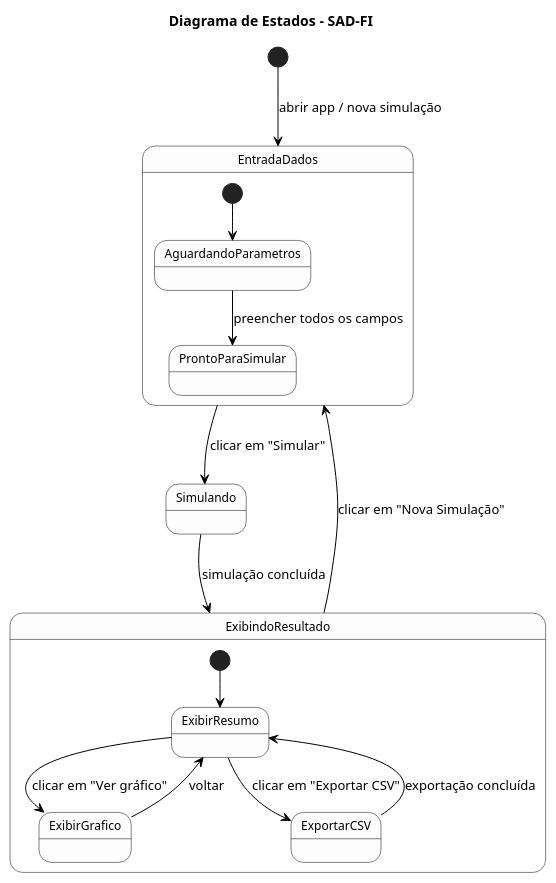
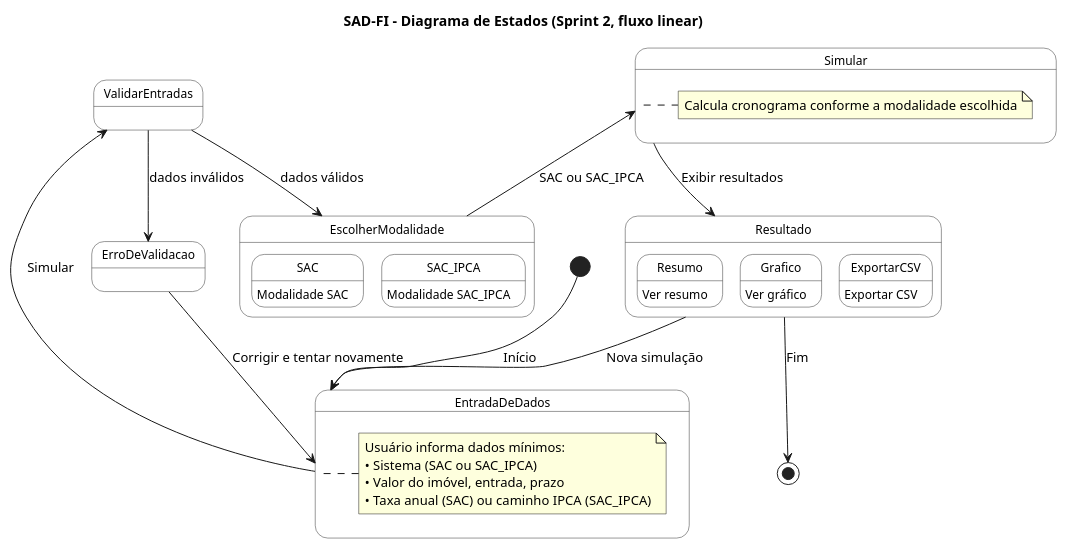
Before and after one commit to edinaldormj/SAD-FI: the diagram in docs/estados.puml, drawn with PlantUML. The commit also changed other lines of this file and 9 other files, not shown here.

```diff
--- a/docs/estados.puml
+++ b/docs/estados.puml
@@ -1,34 +2,58 @@
-@startuml estados_sad_fi
-title Diagrama de Estados – SAD-FI
+@startuml SADFI_Estados_Sprint2_Linear
 
-skinparam defaultFontName "Arial"
+title SAD-FI – Diagrama de Estados (Sprint 2, fluxo linear)
+
+skinparam defaultFontName Arial
+skinparam shadowing false
 skinparam state {
-  BackgroundColor #FDFDFD
-  BorderColor black
+  RoundCorner 18
   FontSize 12
-}
-skinparam ArrowColor Black
-skinparam Shadowing false
-
-[*] --> EntradaDados : abrir app / nova simulação
-
-state EntradaDados {
-  [*] --> AguardandoParametros
-  AguardandoParametros --> ProntoParaSimular : preencher todos os campos
+  BackgroundColor #FFFFFF
+  BorderColor #333333
 }
 
-EntradaDados --> Simulando : clicar em "Simular"
+[*] --> EntradaDeDados : Início
 
-Simulando --> ExibindoResultado : simulação concluída
-
-state ExibindoResultado {
-  [*] --> ExibirResumo
-  ExibirResumo --> ExibirGrafico : clicar em "Ver gráfico"
-  ExibirResumo --> ExportarCSV : clicar em "Exportar CSV"
-  ExportarCSV --> ExibirResumo : exportação concluída
-  ExibirGrafico --> ExibirResumo : voltar
+state EntradaDeDados {
+  note right
+    Usuário informa dados mínimos:
+    • Sistema (SAC ou SAC_IPCA)
+    • Valor do imóvel, entrada, prazo
+    • Taxa anual (SAC) ou caminho IPCA (SAC_IPCA)
+  end note
 }
 
-ExibindoResultado --> EntradaDados : clicar em "Nova Simulação"
+EntradaDeDados --> ValidarEntradas : Simular
+
+state ValidarEntradas
+
+ValidarEntradas --> EscolherModalidade : dados válidos
+ValidarEntradas --> ErroDeValidacao : dados inválidos
+
+ErroDeValidacao --> EntradaDeDados : Corrigir e tentar novamente
+
+state EscolherModalidade {
+  SAC : Modalidade SAC
+  SAC_IPCA : Modalidade SAC_IPCA
+}
+
+EscolherModalidade --> Simular : SAC ou SAC_IPCA
+
+state Simular {
+  note right
+    Calcula cronograma conforme a modalidade escolhida
+  end note
+}
+
+Simular --> Resultado : Exibir resultados
+
+state Resultado {
+  Resumo : Ver resumo
+  Grafico : Ver gráfico
+  ExportarCSV : Exportar CSV
+}
+
+Resultado --> EntradaDeDados : Nova simulação
+Resultado --> [*] : Fim
 
 @enduml
```
